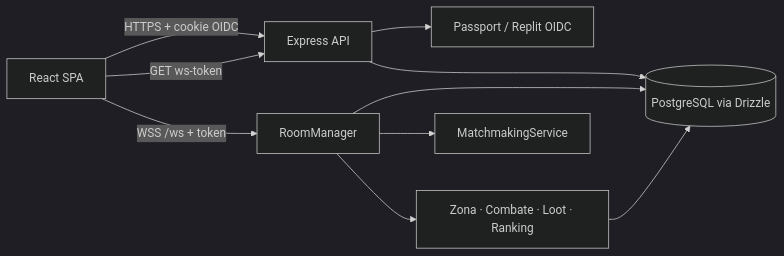
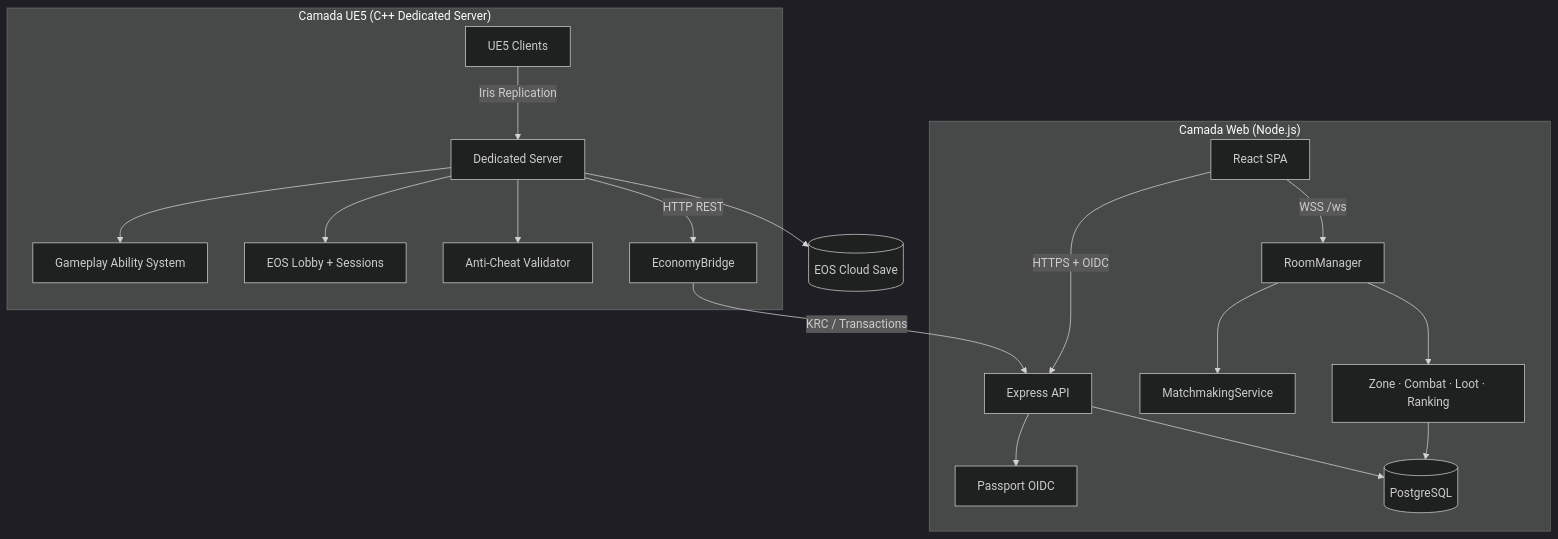
One commit to Nexus-HUB57/Khaaos_Run changed the diagram in README.md. Above: the diagram before and after it, drawn with Mermaid (dark theme). The commit also changed other lines of this file, not shown here.

First line of the commit message:
docs(readme): elevate to Devs Ph.D level — full system inventory + Go Live roadmap

````diff
--- a/README.md
+++ b/README.md
@@ -217,12 +276,23 @@
 ```mermaid
-flowchart LR
-  Browser[React SPA] -->|HTTPS + cookie OIDC| API[Express API]
-  Browser -->|GET ws-token| API
-  Browser -->|WSS /ws + token| Rooms[RoomManager]
-  API --> Auth[Passport / Replit OIDC]
-  API --> DB[(PostgreSQL via Drizzle)]
-  Rooms --> DB
-  Rooms --> MM[MatchmakingService]
-  Rooms --> Sim[Zona · Combate · Loot · Ranking]
+flowchart TB
+  subgraph Web["Camada Web (Node.js)"]
+    Browser[React SPA] -->|HTTPS + OIDC| API[Express API]
+    Browser -->|WSS /ws| Rooms[RoomManager]
+    API --> Auth[Passport OIDC]
+    API --> DB[(PostgreSQL)]
+    Rooms --> MM[MatchmakingService]
+    Rooms --> Sim[Zone · Combat · Loot · Ranking]
+  end
+
+  subgraph UE5["Camada UE5 (C++ Dedicated Server)"]
+    Clients[UE5 Clients] -->|Iris Replication| DS[Dedicated Server]
+    DS --> GAS[Gameplay Ability System]
+    DS --> EOS[EOS Lobby + Sessions]
+    DS --> AC[Anti-Cheat Validator]
+    DS -->|HTTP REST| EconBridge[EconomyBridge]
+  end
+
+  EconBridge -->|KRC / Transactions| API
   Sim --> DB
+  DS --> Save[(EOS Cloud Save)]
 ```
````
